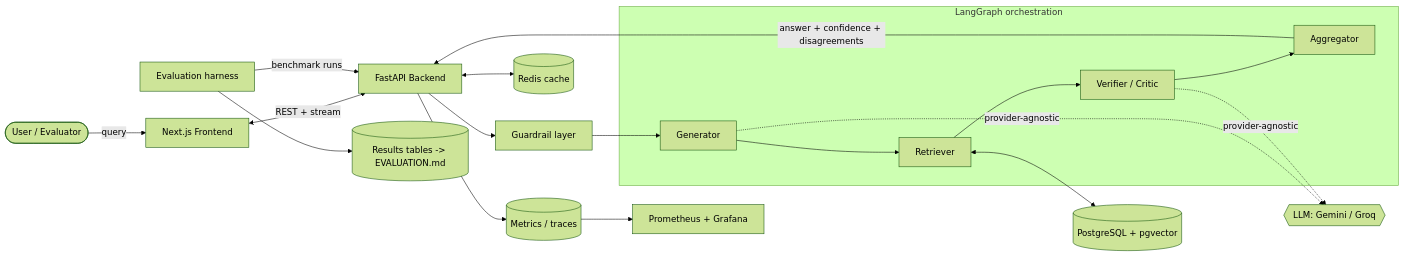
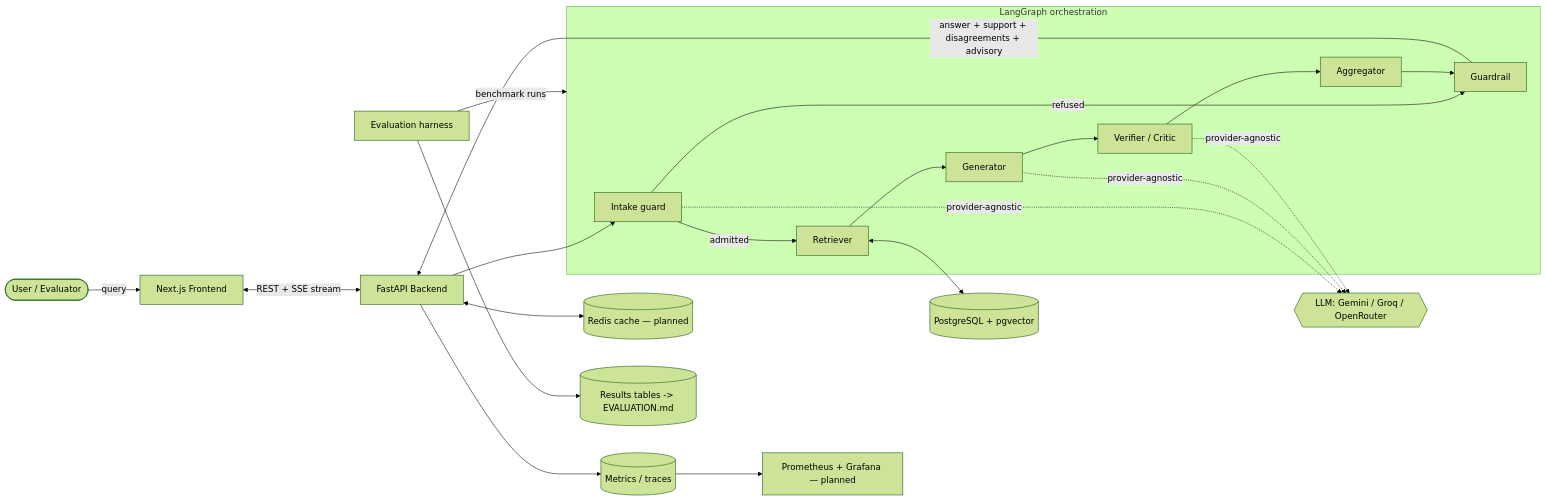
Before and after one commit to jaygautam-creator/Aletheia: the first of 2 diagrams in ARCHITECTURE.md, drawn with Mermaid (forest theme). The commit also changed other lines of this file and 5 other files, not shown here.

````diff
--- a/ARCHITECTURE.md
+++ b/ARCHITECTURE.md
@@ -27,30 +27,35 @@
 ```mermaid
 flowchart LR
     User([User / Evaluator]) -->|query| FE[Next.js Frontend]
-    FE <-->|REST + stream| API[FastAPI Backend]
+    FE <-->|REST + SSE stream| API[FastAPI Backend]
 
     subgraph Orchestration [LangGraph orchestration]
+        IN[Intake guard]
+        RE[Retriever]
         GR[Generator]
-        RE[Retriever]
         VE[Verifier / Critic]
         AG[Aggregator]
+        GD[Guardrail]
     end
 
-    API --> Guard[Guardrail layer]
-    Guard --> GR
-    GR --> RE
-    RE --> VE
+    API --> IN
+    IN -->|admitted| RE
+    IN -->|refused| GD
+    RE --> GR
+    GR --> VE
     VE --> AG
-    AG -->|answer + confidence + disagreements| API
+    AG --> GD
+    GD -->|answer + support + disagreements + advisory| API
 
     RE <--> PG[(PostgreSQL + pgvector)]
-    API <--> RC[(Redis cache)]
-    GR -. provider-agnostic .-> LLM{{LLM: Gemini / Groq}}
+    API <--> RC[(Redis cache — planned)]
+    IN -. provider-agnostic .-> LLM{{LLM: Gemini / Groq / OpenRouter}}
+    GR -. provider-agnostic .-> LLM
     VE -. provider-agnostic .-> LLM
 
     API --> OBS[(Metrics / traces)]
-    OBS --> Graf[Prometheus + Grafana]
+    OBS --> Graf[Prometheus + Grafana — planned]
 
-    Harness[Evaluation harness] -->|benchmark runs| API
+    Harness[Evaluation harness] -->|benchmark runs| Orchestration
     Harness --> Results[(Results tables -> EVALUATION.md)]
 ```
````
